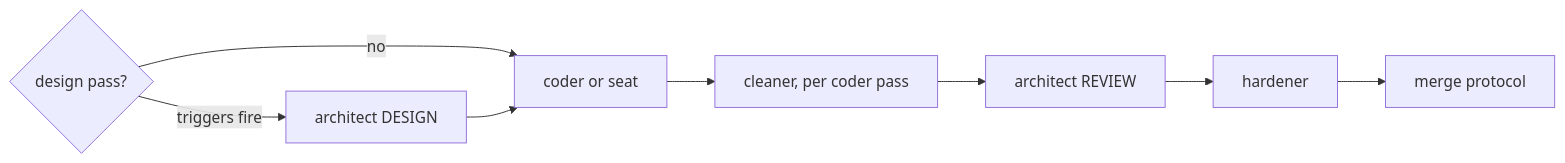
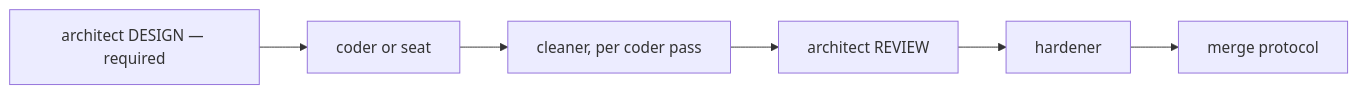
Before and after one commit to DetweilerRyan/gol: the second of 2 diagrams in .claude/references/pipelines.md, drawn with Mermaid. The commit also changed other lines of this file and 2 other files, not shown here.

````diff
--- a/.claude/references/pipelines.md
+++ b/.claude/references/pipelines.md
@@ -84,10 +106,8 @@
 ```mermaid
 flowchart LR
-  A{design pass?} -->|triggers fire| B[architect DESIGN]
-  A -->|no| C[coder or seat]
-  B --> C
+  B[architect DESIGN — required] --> C[coder or seat]
   C --> D[cleaner, per coder pass]
   D --> E[architect REVIEW]
   E --> F[hardener]
   F --> G[merge protocol]
 ```
````
